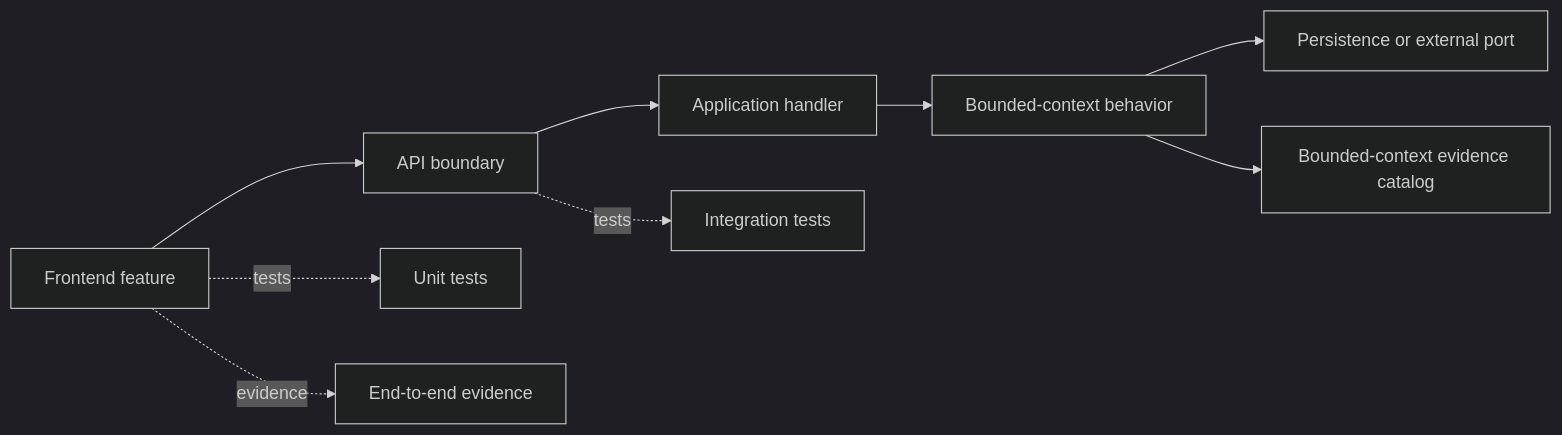
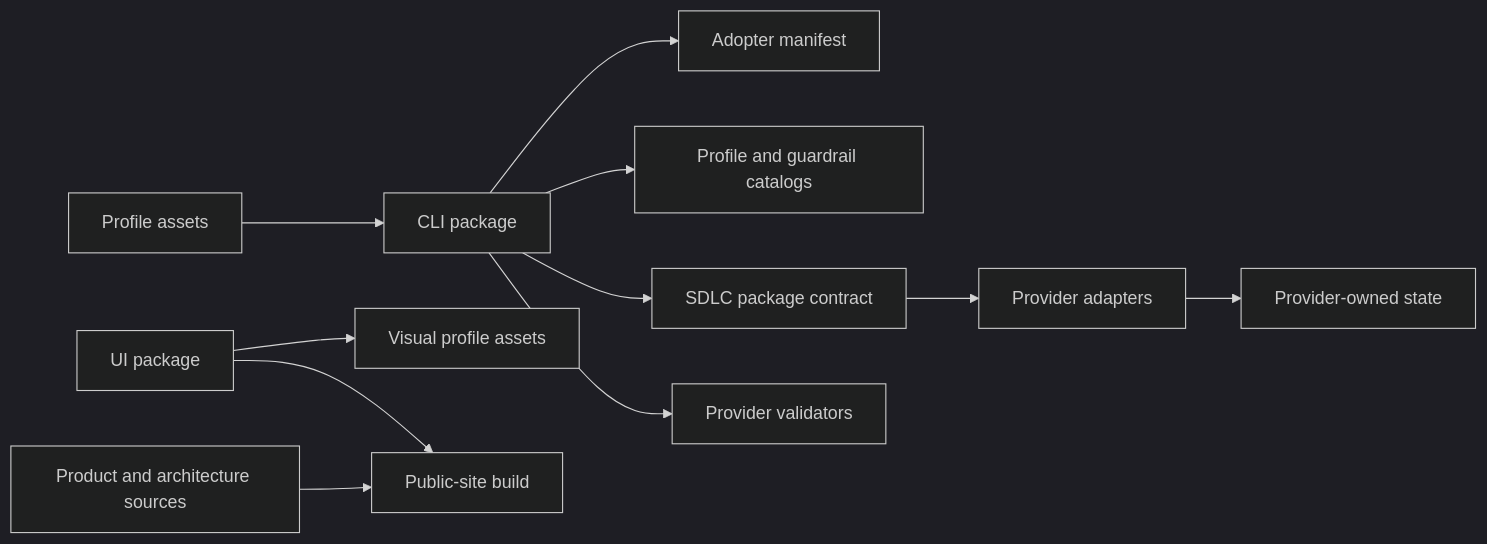
One commit to juangcarmona/lighthouse changed the second of 2 diagrams in docs/architecture/05-building-block-view/README.md. Above: the diagram before and after it, drawn with Mermaid (dark theme). The commit also changed other lines of this file and 13 other files, not shown here.

First line of the commit message:
docs(architecture): reconcile docs with implementation (#48)

````diff
--- a/docs/architecture/05-building-block-view/README.md
+++ b/docs/architecture/05-building-block-view/README.md
@@ -62,12 +59,14 @@
 ```mermaid
 flowchart LR
-    accTitle: Feature alignment in the target full-stack profile
-    ui[Frontend feature] --> api[API boundary]
-    api --> app[Application handler]
-    app --> domain[Bounded-context behavior]
-    domain --> data[Persistence or external port]
-    ui -. tests .-> unit[Unit tests]
-    api -. tests .-> integration[Integration tests]
-    ui -. evidence .-> e2e[End-to-end evidence]
-    domain --> evidence[Bounded-context evidence catalog]
+    accTitle: Lighthouse package and adopter contract dependencies
+    cli[CLI package] --> manifest[Adopter manifest]
+    cli --> catalogs[Profile and guardrail catalogs]
+    cli --> sdlc[SDLC package contract]
+    cli --> authorities[Provider validators]
+    sdlc --> adapter[Provider adapters]
+    adapter --> provider[Provider-owned state]
+    ui[UI package] --> visual[Visual profile assets]
+    profiles[Profile assets] --> cli
+    sources[Product and architecture sources] --> site[Public-site build]
+    ui --> site
 ```
````
